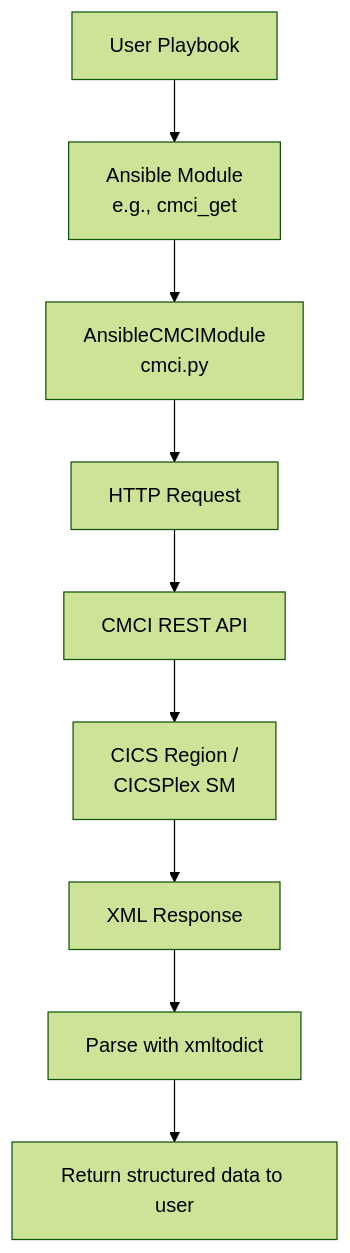
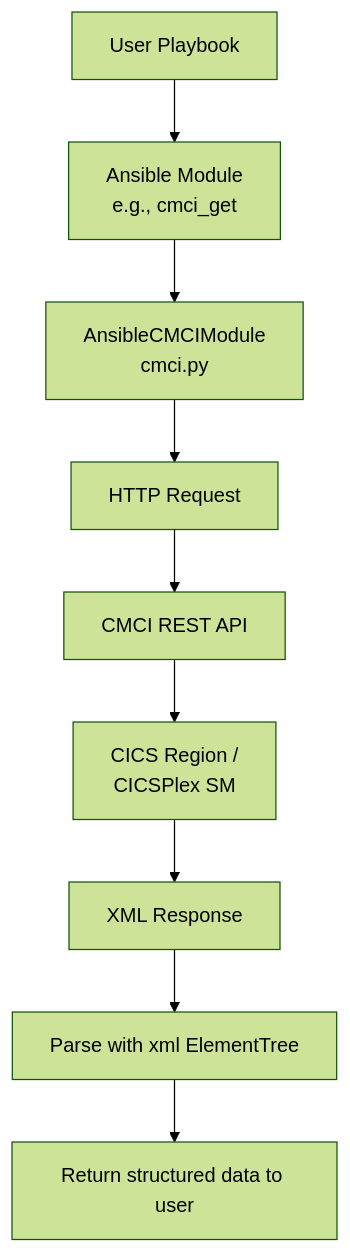
Before and after one commit to ansible-collections/ibm_zos_cics: the first of 2 diagrams in Architecture.md, drawn with Mermaid (forest theme). The commit also changed other lines of this file and 7 other files, not shown here.

````diff
--- a/Architecture.md
+++ b/Architecture.md
@@ -153,11 +153,11 @@
 ```mermaid
 flowchart TD
     A[User Playbook] --> B[Ansible Module<br/>e.g., cmci_get]
     B --> C[AnsibleCMCIModule<br/>cmci.py]
     C --> D[HTTP Request]
     D --> E[CMCI REST API]
     E --> F[CICS Region /<br/>CICSPlex SM]
     F --> G[XML Response]
-    G --> H[Parse with xmltodict]
+    G --> H[Parse with xml ElementTree]
     H --> I[Return structured data to user]
 ```
````
